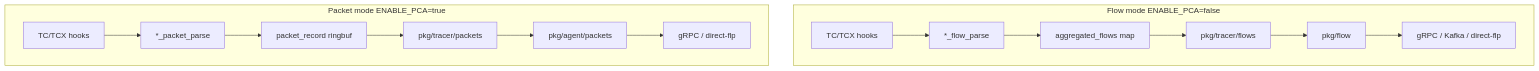
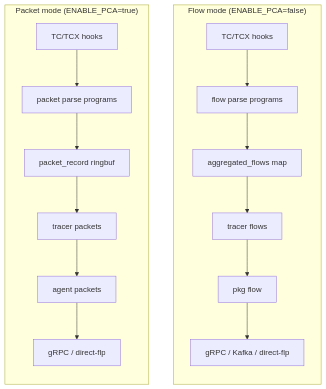
The diagram in docs/architecture.md (netobserv/netobserv-ebpf-agent), drawn with Mermaid before and after one commit. The commit also changed other lines of this file and 39 other files, not shown here.

````diff
--- a/docs/architecture.md
+++ b/docs/architecture.md
@@ -14,18 +14,20 @@
 ```mermaid
-flowchart TB
-    subgraph flowMode [Flow mode ENABLE_PCA=false]
-        TC1[TC/TCX hooks] --> flowParse["*_flow_parse"]
-        flowParse --> aggMap[aggregated_flows map]
-        aggMap --> flowTracer[pkg/tracer/flows]
-        flowTracer --> flowPkg[pkg/flow]
+flowchart TD
+    subgraph flowMode ["Flow mode (ENABLE_PCA=false)"]
+        direction TD
+        flowTC[TC/TCX hooks] --> flowParse[flow parse programs]
+        flowParse --> flowAgg[aggregated_flows map]
+        flowAgg --> flowTracer[tracer flows]
+        flowTracer --> flowPkg[pkg flow]
         flowPkg --> flowExport[gRPC / Kafka / direct-flp]
     end
 
-    subgraph packetMode [Packet mode ENABLE_PCA=true]
-        TC2[TC/TCX hooks] --> pktParse["*_packet_parse"]
-        pktParse --> ringbuf[packet_record ringbuf]
-        ringbuf --> pktTracer[pkg/tracer/packets]
-        pktTracer --> pktPkg[pkg/agent/packets]
+    subgraph packetMode ["Packet mode (ENABLE_PCA=true)"]
+        direction TD
+        pktTC[TC/TCX hooks] --> pktParse[packet parse programs]
+        pktParse --> pktRing[packet_record ringbuf]
+        pktRing --> pktTracer[tracer packets]
+        pktTracer --> pktPkg[agent packets]
         pktPkg --> pktExport[gRPC / direct-flp]
     end
 ```
````
